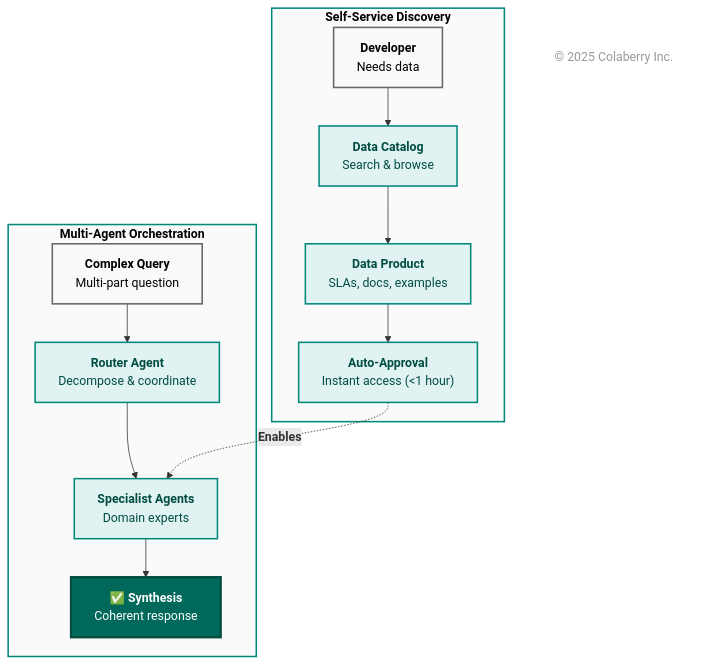
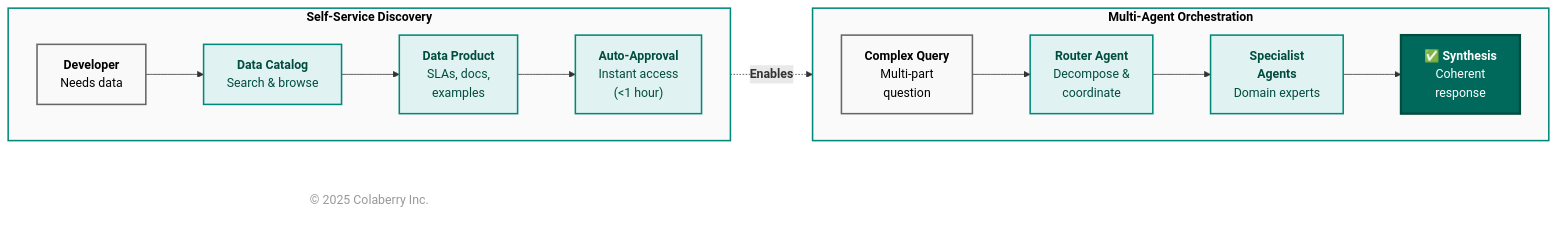
One commit to colaberry/enterprise-data-readiness-ai-agents changed diagram 14 of 18 in chapter-01/chapter_1_complete.md. Above: the diagram before and after it, drawn with Mermaid. The commit also changed other lines of this file, not shown here.

First line of the commit message:
diagrams made efficient with space

````diff
--- a/chapter-01/chapter_1_complete.md
+++ b/chapter-01/chapter_1_complete.md
@@ -2323,45 +2310,44 @@
 ```mermaid
-graph TB
+graph LR
     subgraph discovery["<b>Self-Service Discovery</b>"]
+        direction LR
         DEV["<b>Developer</b><br/>Needs data"]
         CAT["<b>Data Catalog</b><br/>Search & browse"]
-        PROD["<b>Data Product</b><br/>SLAs, docs, examples"]
-        ACCESS["<b>Auto-Approval</b><br/>Instant access (<1 hour)"]
+        PROD["<b>Data Product</b><br/>SLAs, docs,<br/>examples"]
+        ACCESS["<b>Auto-Approval</b><br/>Instant access<br/>(<1 hour)"]
+        
+        DEV --> CAT
+        CAT --> PROD
+        PROD --> ACCESS
     end
     
     subgraph orchestration["<b>Multi-Agent Orchestration</b>"]
-        QUERY["<b>Complex Query</b><br/>Multi-part question"]
-        ROUTER["<b>Router Agent</b><br/>Decompose & coordinate"]
-        SPEC["<b>Specialist Agents</b><br/>Domain experts"]
-        SYNTH["<b>✅ Synthesis</b><br/>Coherent response"]
+        direction LR
+        QUERY["<b>Complex Query</b><br/>Multi-part<br/>question"]
+        ROUTER["<b>Router Agent</b><br/>Decompose &<br/>coordinate"]
+        SPEC["<b>Specialist<br/>Agents</b><br/>Domain experts"]
+        SYNTH["<b>✅ Synthesis</b><br/>Coherent<br/>response"]
+        
+        QUERY --> ROUTER
+        ROUTER --> SPEC
+        SPEC --> SYNTH
     end
     
-    DEV --> CAT
-    CAT --> PROD
-    PROD --> ACCESS
-    
-    QUERY --> ROUTER
-    ROUTER --> SPEC
-    SPEC --> SYNTH
-    
     ACCESS -.->|"<b>Enables</b>"| SPEC
-    
-    %% Link styling
     
     style discovery fill:#fafafa,stroke:#00897b,stroke-width:2px,color:#000000
     style orchestration fill:#fafafa,stroke:#00897b,stroke-width:2px,color:#000000
     style DEV fill:#f9f9f9,stroke:#666666,stroke-width:2px,color:#000000
     style CAT fill:#e0f2f1,stroke:#00897b,stroke-width:2px,color:#004d40
     style PROD fill:#e0f2f1,stroke:#00897b,stroke-width:2px,color:#004d40
     style ACCESS fill:#e0f2f1,stroke:#00897b,stroke-width:2px,color:#004d40
     style QUERY fill:#f9f9f9,stroke:#666666,stroke-width:2px,color:#000000
     style ROUTER fill:#e0f2f1,stroke:#00897b,stroke-width:2px,color:#004d40
     style SPEC fill:#e0f2f1,stroke:#00897b,stroke-width:2px,color:#004d40
+    style SYNTH fill:#00695c,color:#ffffff,stroke:#004d40,stroke-width:3px
 
     %% Copyright Notice
     CR["© 2025 Colaberry Inc."]
-
-    style SYNTH fill:#00695c,color:#ffffff,stroke:#004d40,stroke-width:3px
     style CR fill:none,stroke:none,color:#999999
 
 ```
````
